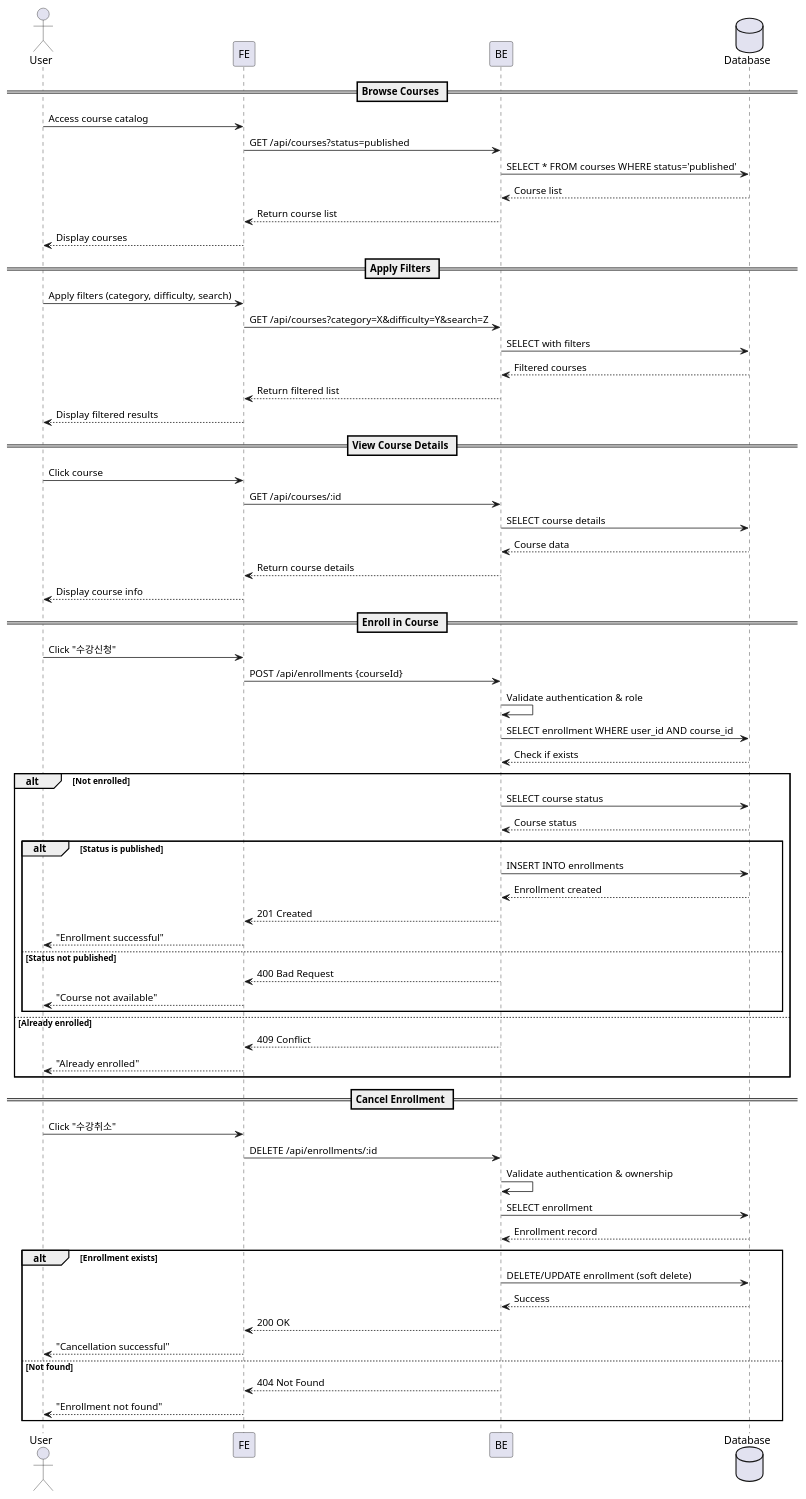
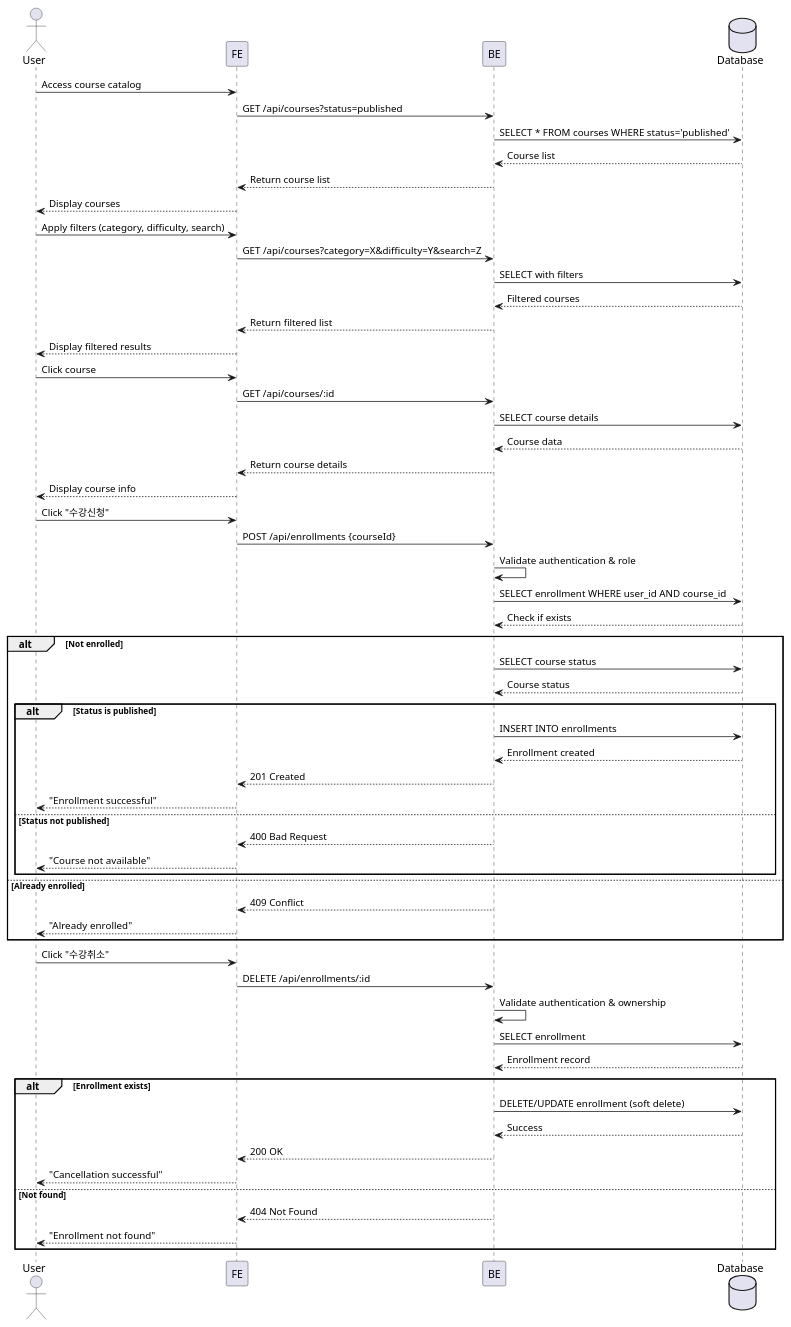
Before and after one commit to idoforgod/LMS: the diagram in docs/002/spec.md, drawn with PlantUML. The commit also changed 28 other files, not shown here.

````diff
--- a/docs/002/spec.md
+++ b/docs/002/spec.md
@@ -96,72 +96,67 @@
 ```plantuml
 @startuml
 actor User
 participant FE
 participant BE
 database Database
 
-== Browse Courses ==
 User -> FE: Access course catalog
 FE -> BE: GET /api/courses?status=published
 BE -> Database: SELECT * FROM courses WHERE status='published'
 Database --> BE: Course list
 BE --> FE: Return course list
 FE --> User: Display courses
 
-== Apply Filters ==
 User -> FE: Apply filters (category, difficulty, search)
 FE -> BE: GET /api/courses?category=X&difficulty=Y&search=Z
 BE -> Database: SELECT with filters
 Database --> BE: Filtered courses
 BE --> FE: Return filtered list
 FE --> User: Display filtered results
 
-== View Course Details ==
 User -> FE: Click course
 FE -> BE: GET /api/courses/:id
 BE -> Database: SELECT course details
 Database --> BE: Course data
 BE --> FE: Return course details
 FE --> User: Display course info
 
-== Enroll in Course ==
 User -> FE: Click "수강신청"
 FE -> BE: POST /api/enrollments {courseId}
 BE -> BE: Validate authentication & role
 BE -> Database: SELECT enrollment WHERE user_id AND course_id
 Database --> BE: Check if exists
 alt Not enrolled
   BE -> Database: SELECT course status
   Database --> BE: Course status
   alt Status is published
     BE -> Database: INSERT INTO enrollments
     Database --> BE: Enrollment created
     BE --> FE: 201 Created
     FE --> User: "Enrollment successful"
   else Status not published
     BE --> FE: 400 Bad Request
     FE --> User: "Course not available"
   end
 else Already enrolled
   BE --> FE: 409 Conflict
   FE --> User: "Already enrolled"
 end
 
-== Cancel Enrollment ==
 User -> FE: Click "수강취소"
 FE -> BE: DELETE /api/enrollments/:id
 BE -> BE: Validate authentication & ownership
 BE -> Database: SELECT enrollment
 Database --> BE: Enrollment record
 alt Enrollment exists
   BE -> Database: DELETE/UPDATE enrollment (soft delete)
   Database --> BE: Success
   BE --> FE: 200 OK
   FE --> User: "Cancellation successful"
 else Not found
   BE --> FE: 404 Not Found
   FE --> User: "Enrollment not found"
 end
 
 @enduml
 ```
````
